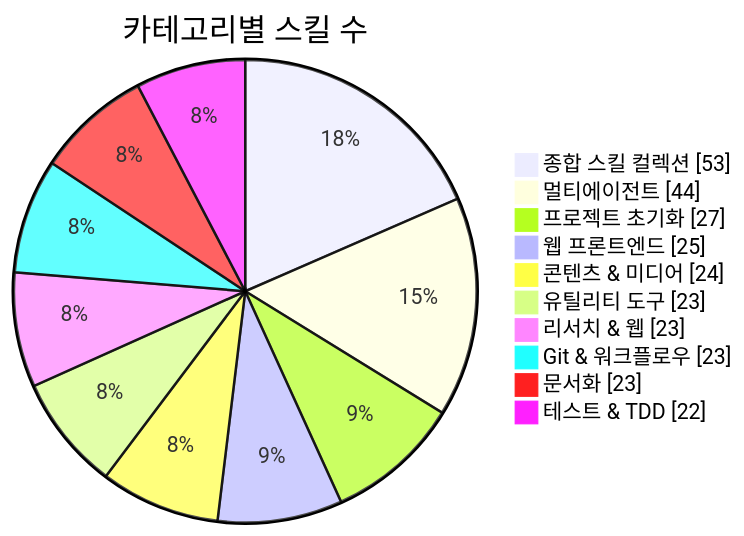
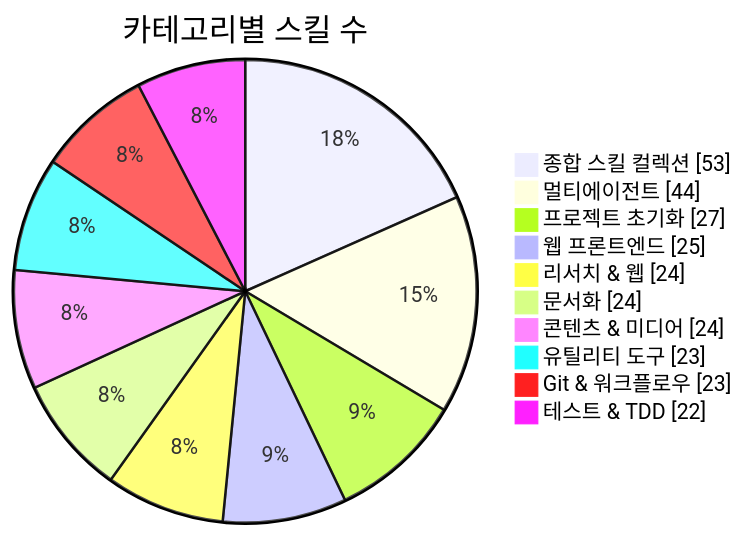
One commit to J-nowcow/awesome-korean-agent-skills changed the first of 3 diagrams in README.md. Above: the diagram before and after it, drawn with Mermaid. The commit also changed other lines of this file and 5 other files, not shown here.

````diff
--- a/README.md
+++ b/README.md
@@ -176,14 +176,14 @@
 ```mermaid
 pie showData
     title 카테고리별 스킬 수
     "종합 스킬 컬렉션" : 53
     "멀티에이전트" : 44
     "프로젝트 초기화" : 27
     "웹 프론트엔드" : 25
+    "리서치 & 웹" : 24
+    "문서화" : 24
     "콘텐츠 & 미디어" : 24
     "유틸리티 도구" : 23
-    "리서치 & 웹" : 23
     "Git & 워크플로우" : 23
-    "문서화" : 23
     "테스트 & TDD" : 22
 ```
````
